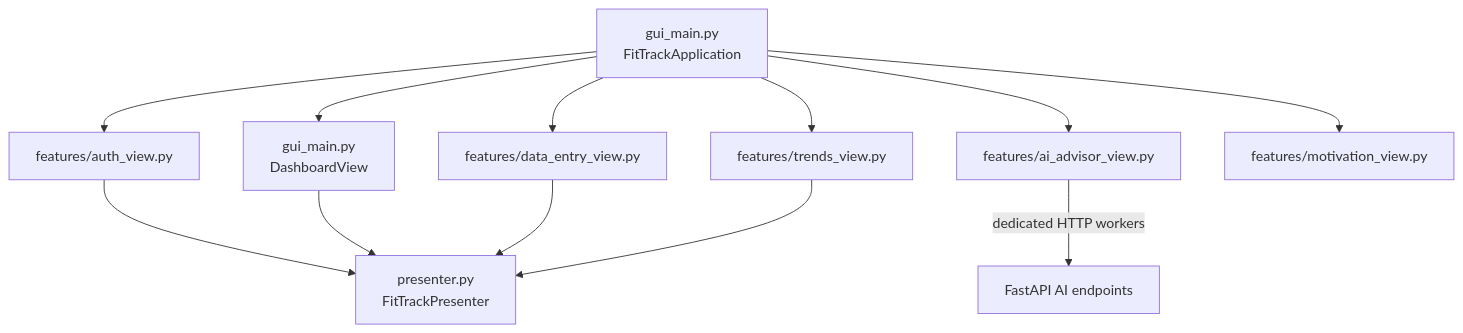
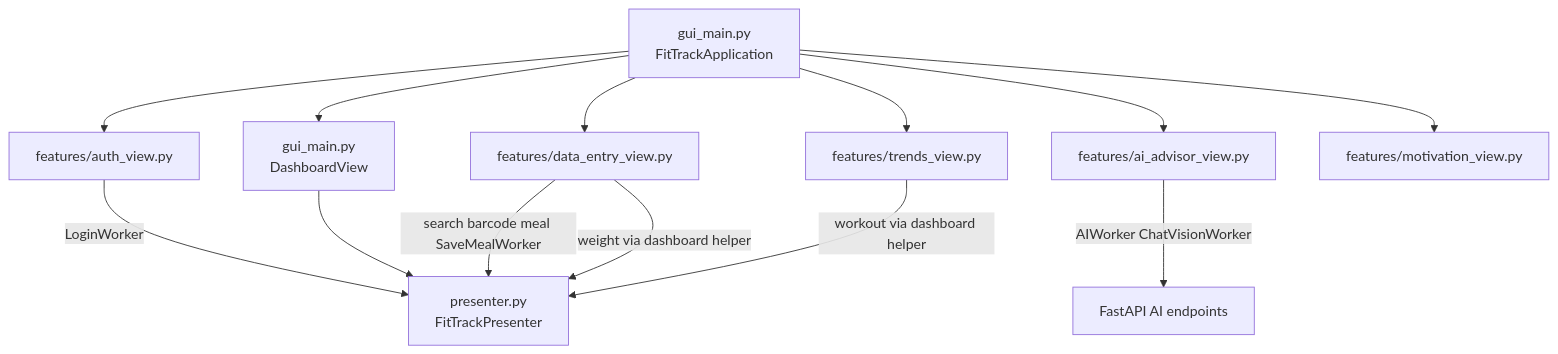
The second of 8 diagrams in docs/ARCHITECTURE.md (moriyakaduri/FitTrackAI), drawn with Mermaid before and after one commit. The commit also changed other lines of this file and 3 other files, not shown here.

Commit message:
docs: align product and architecture docs with current main

````diff
--- a/docs/ARCHITECTURE.md
+++ b/docs/ARCHITECTURE.md
@@ -38,19 +69,20 @@
 ```mermaid
 flowchart TD
     Shell["gui_main.py\nFitTrackApplication"]
     Dashboard["gui_main.py\nDashboardView"]
     Presenter["presenter.py\nFitTrackPresenter"]
 
     Shell --> Auth["features/auth_view.py"]
     Shell --> Dashboard
     Shell --> AI["features/ai_advisor_view.py"]
     Shell --> Entry["features/data_entry_view.py"]
     Shell --> Trends["features/trends_view.py"]
     Shell --> Motivation["features/motivation_view.py"]
 
-    Auth --> Presenter
+    Auth -->|LoginWorker| Presenter
     Dashboard --> Presenter
-    Entry --> Presenter
-    Trends --> Presenter
-    AI -->|dedicated HTTP workers| API["FastAPI AI endpoints"]
+    Entry -->|search barcode meal SaveMealWorker| Presenter
+    Entry -->|weight via dashboard helper| Presenter
+    Trends -->|workout via dashboard helper| Presenter
+    AI -->|AIWorker ChatVisionWorker| API["FastAPI AI endpoints"]
 ```
````
